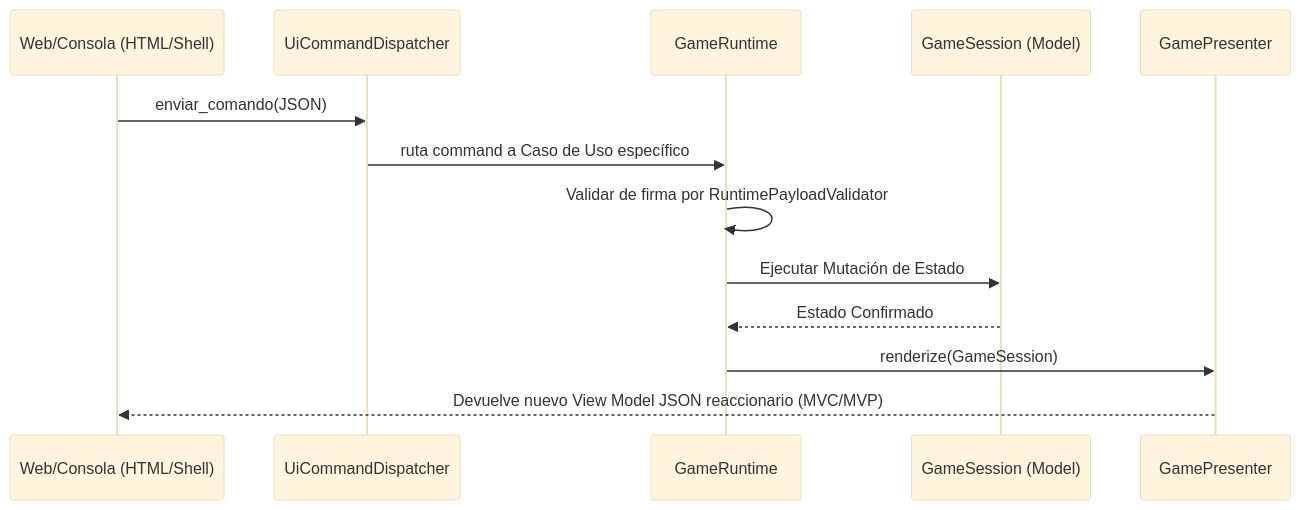
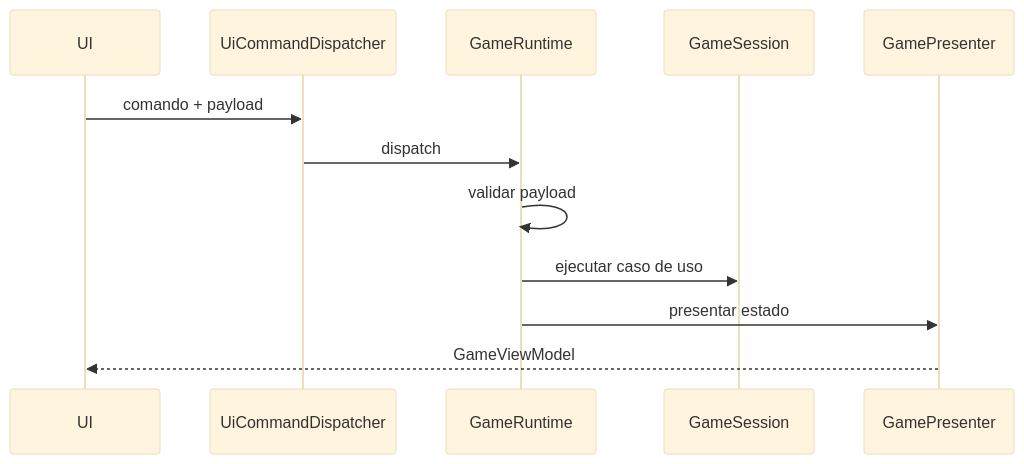
The second of 2 diagrams in docs/01-product/Especificacion_Requerimientos_Sistema_ISO29148.md (Craos6518/dungeon-crawler-patterns), drawn with Mermaid (base theme) before and after one commit. The commit also changed other lines of this file and 3 other files, not shown here.

````diff
--- a/docs/01-product/Especificacion_Requerimientos_Sistema_ISO29148.md
+++ b/docs/01-product/Especificacion_Requerimientos_Sistema_ISO29148.md
@@ -249,16 +163,15 @@
 ```mermaid
 sequenceDiagram
-    participant UI as Web/Consola (HTML/Shell)
+    participant UI as UI
     participant UCD as UiCommandDispatcher
     participant RT as GameRuntime
-    participant GS as GameSession (Model)
+    participant GS as GameSession
     participant GP as GamePresenter
-    
-    UI->>UCD: enviar_comando(JSON)
-    UCD->>RT: ruta command a Caso de Uso específico
-    RT->>RT: Validar de firma por RuntimePayloadValidator
-    RT->>GS: Ejecutar Mutación de Estado
-    GS-->>RT: Estado Confirmado
-    RT->>GP: renderize(GameSession)
-    GP-->>UI: Devuelve nuevo View Model JSON reaccionario (MVC/MVP)
+
+    UI->>UCD: comando + payload
+    UCD->>RT: dispatch
+    RT->>RT: validar payload
+    RT->>GS: ejecutar caso de uso
+    RT->>GP: presentar estado
+    GP-->>UI: GameViewModel
 ```
````
